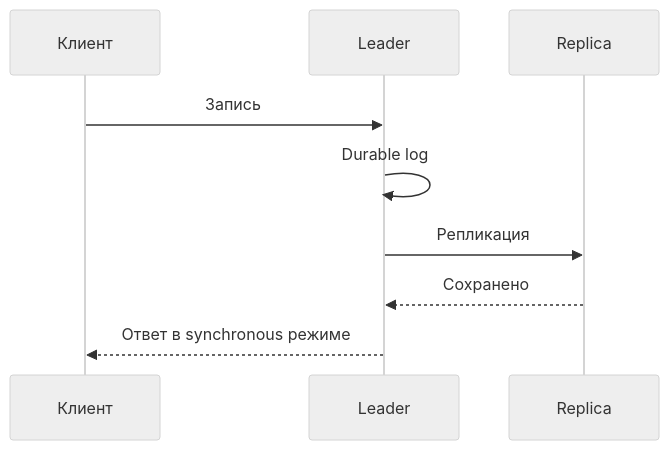
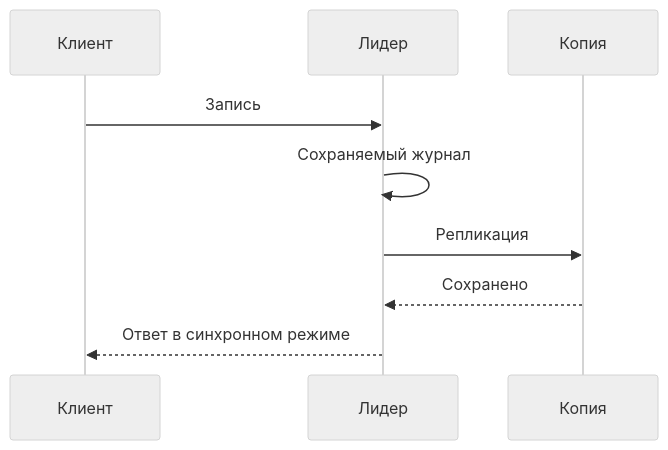
Before and after one commit to leary1337/vault: the diagram in docs/distributed-systems/replication.md, drawn with Mermaid (neutral theme). The commit also changed other lines of this file and 325 other files, not shown here.

````diff
--- a/docs/distributed-systems/replication.md
+++ b/docs/distributed-systems/replication.md
@@ -45,11 +26,11 @@
 ```mermaid
 sequenceDiagram
     participant C as Клиент
-    participant A as Leader
-    participant B as Replica
+    participant A as Лидер
+    participant B as Копия
     C->>A: Запись
-    A->>A: Durable log
+    A->>A: Сохраняемый журнал
     A->>B: Репликация
     B-->>A: Сохранено
-    A-->>C: Ответ в synchronous режиме
+    A-->>C: Ответ в синхронном режиме
 ```
````
